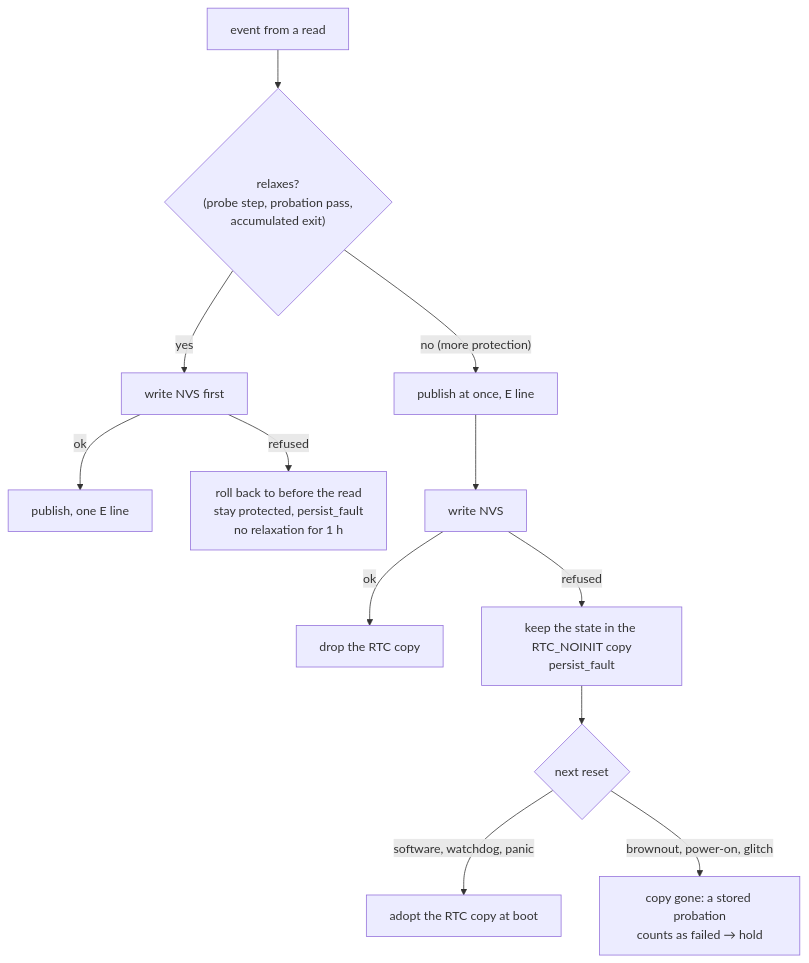
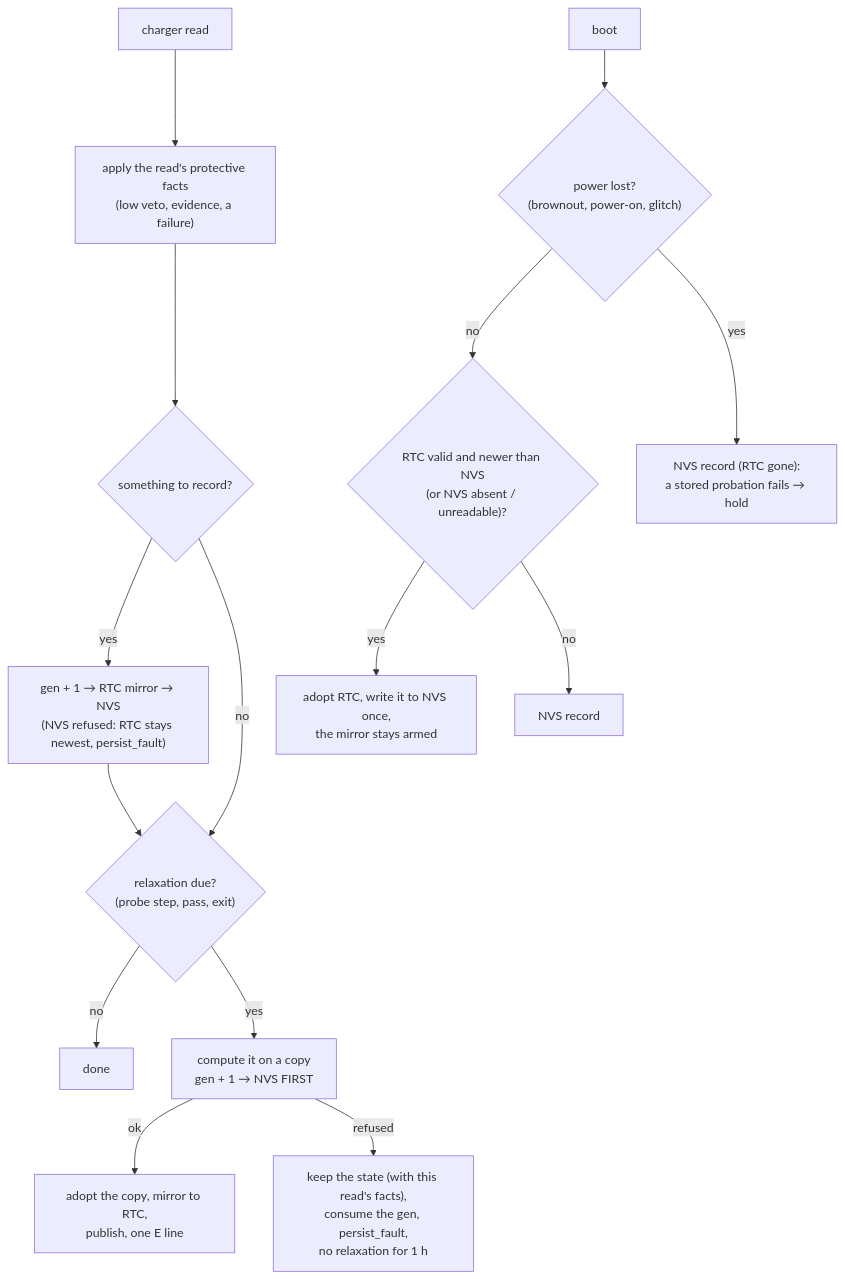
Before and after one commit to Jan-IngenHousz-Institute/ambyte-iot: the sixth of 7 diagrams in docs/power-protect.md, drawn with Mermaid. The commit also changed other lines of this file and 9 other files, not shown here.

First line of the commit message:
fix(power-protect): order the persisted record by generation

````diff
--- a/docs/power-protect.md
+++ b/docs/power-protect.md
@@ -384,14 +421,17 @@
 ```mermaid
 flowchart TD
-    E["event from a read"] --> R{"relaxes?<br/>(probe step, probation pass,<br/>accumulated exit)"}
-    R -->|yes| W1["write NVS first"]
-    W1 -->|ok| P1["publish, one E line"]
-    W1 -->|refused| B["roll back to before the read<br/>stay protected, persist_fault<br/>no relaxation for 1 h"]
-    R -->|"no (more protection)"| P2["publish at once, E line"]
-    P2 --> W2["write NVS"]
-    W2 -->|ok| D["drop the RTC copy"]
-    W2 -->|refused| K["keep the state in the RTC_NOINIT copy<br/>persist_fault"]
-    K --> RS{"next reset"}
-    RS -->|"software, watchdog, panic"| A["adopt the RTC copy at boot"]
-    RS -->|"brownout, power-on, glitch"| L["copy gone: a stored probation<br/>counts as failed → hold"]
+    E["charger read"] --> F["apply the read's protective facts<br/>(low veto, evidence, a failure)"]
+    F --> PW{"something to record?"}
+    PW -->|yes| G1["gen + 1 → RTC mirror → NVS<br/>(NVS refused: RTC stays newest, persist_fault)"]
+    PW -->|no| RD
+    G1 --> RD{"relaxation due?<br/>(probe step, pass, exit)"}
+    RD -->|no| Z["done"]
+    RD -->|yes| C["compute it on a copy<br/>gen + 1 → NVS FIRST"]
+    C -->|ok| A["adopt the copy, mirror to RTC,<br/>publish, one E line"]
+    C -->|refused| H["keep the state (with this read's facts),<br/>consume the gen, persist_fault,<br/>no relaxation for 1 h"]
+    B["boot"] --> PL{"power lost?<br/>(brownout, power-on, glitch)"}
+    PL -->|no| CMP{"RTC valid and newer than NVS<br/>(or NVS absent / unreadable)?"}
+    CMP -->|yes| AD["adopt RTC, write it to NVS once,<br/>the mirror stays armed"]
+    CMP -->|no| NV["NVS record"]
+    PL -->|yes| NV2["NVS record (RTC gone):<br/>a stored probation fails → hold"]
 ```
````
